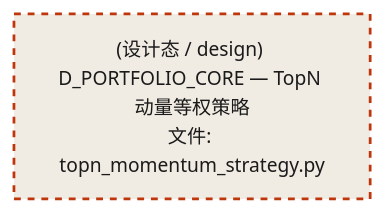
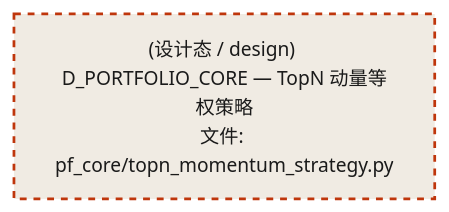
The third of 4 diagrams in docs/02_enterprise_architecture/02_domain_architecture_docs/63_d_pf_core.md (xuanFelixVan/ZephyrAlpha), drawn with Mermaid before and after one commit. The commit also changed other lines of this file and 63 other files, not shown here.

````diff
--- a/docs/02_enterprise_architecture/02_domain_architecture_docs/63_d_pf_core.md
+++ b/docs/02_enterprise_architecture/02_domain_architecture_docs/63_d_pf_core.md
@@ -209,10 +209,10 @@
 ```mermaid
 %%{init: {'theme': 'base', 'themeVariables': {'primaryColor': '#eaeaea', 'primaryTextColor': '#333333', 'primaryBorderColor': '#666666', 'lineColor': '#666666', 'secondaryColor': '#eaeaea', 'tertiaryColor': '#eaeaea', 'fontSize': '14px'}}}%%
 flowchart TD
-    src_zephyr_pf_core_topn_momentum_strategy_py["(设计态 / design) D_PORTFOLIO_CORE — TopN 动量等权策略<br/>文件: topn_momentum_strategy.py"]
+    src_zephyr_pf_core_topn_momentum_strategy_py["(设计态 / design) D_PORTFOLIO_CORE — TopN 动量等权策略<br/>文件: pf_core/topn_momentum_strategy.py"]
     classDef production fill:#e8edf2,stroke:#0277bd,stroke-width:2px,color:#1a1a1a
     classDef design fill:#f0ebe3,stroke:#bf360c,stroke-width:2px,color:#1a1a1a,stroke-dasharray: 5 5
     classDef external_prod fill:#e8efe9,stroke:#1b5e20,stroke-width:1px,color:#1a1a1a
     classDef external_design fill:#efe5ea,stroke:#880e4f,stroke-width:1px,color:#1a1a1a,stroke-dasharray: 5 5
     class src_zephyr_pf_core_topn_momentum_strategy_py design
 ```
````
